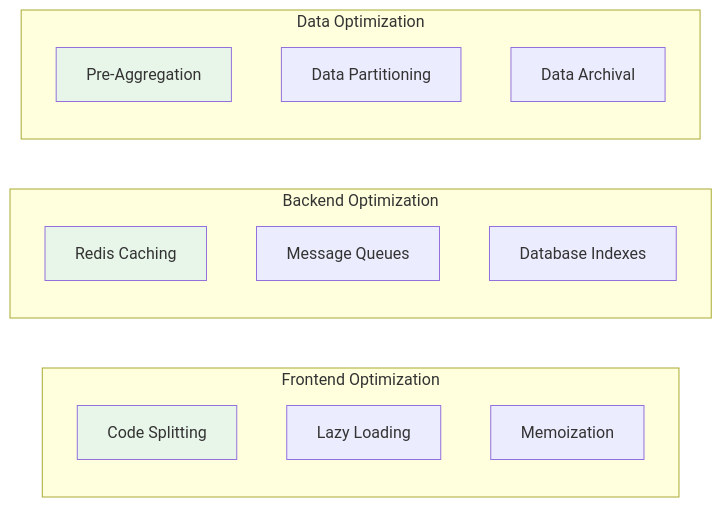
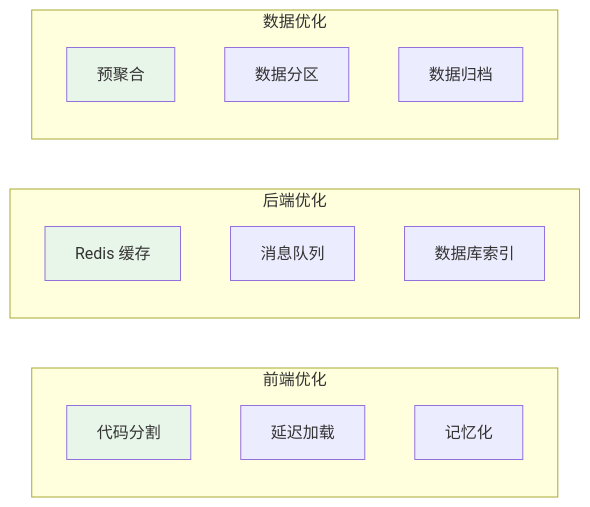
Diagram 13 of 14 in openspec/changes/archive/2025-12-19-add-lifecycle-operations-foundation/ARCHITECTURE.md (liushuai0109/workflow-engine), drawn with Mermaid before and after one commit. The commit also changed other lines of this file and 12 other files, not shown here.

````diff
--- a/openspec/changes/archive/2025-12-19-add-lifecycle-operations-foundation/ARCHITECTURE.md
+++ b/openspec/changes/archive/2025-12-19-add-lifecycle-operations-foundation/ARCHITECTURE.md
@@ -698,24 +698,24 @@
 ```mermaid
 graph LR
-    subgraph "Frontend Optimization"
-        CodeSplit[Code Splitting]
-        LazyLoad[Lazy Loading]
-        Memoization[Memoization]
+    subgraph "前端优化"
+        CodeSplit[代码分割]
+        LazyLoad[延迟加载]
+        Memoization[记忆化]
     end
 
-    subgraph "Backend Optimization"
-        Cache[Redis Caching]
-        Queue[Message Queues]
-        Index[Database Indexes]
+    subgraph "后端优化"
+        Cache[Redis 缓存]
+        Queue[消息队列]
+        Index[数据库索引]
     end
 
-    subgraph "Data Optimization"
-        Aggregate[Pre-Aggregation]
-        Partition[Data Partitioning]
-        Archive[Data Archival]
+    subgraph "数据优化"
+        Aggregate[预聚合]
+        Partition[数据分区]
+        Archive[数据归档]
     end
 
     style CodeSplit fill:#e8f5e9
     style Cache fill:#e8f5e9
     style Aggregate fill:#e8f5e9
 ```
````
